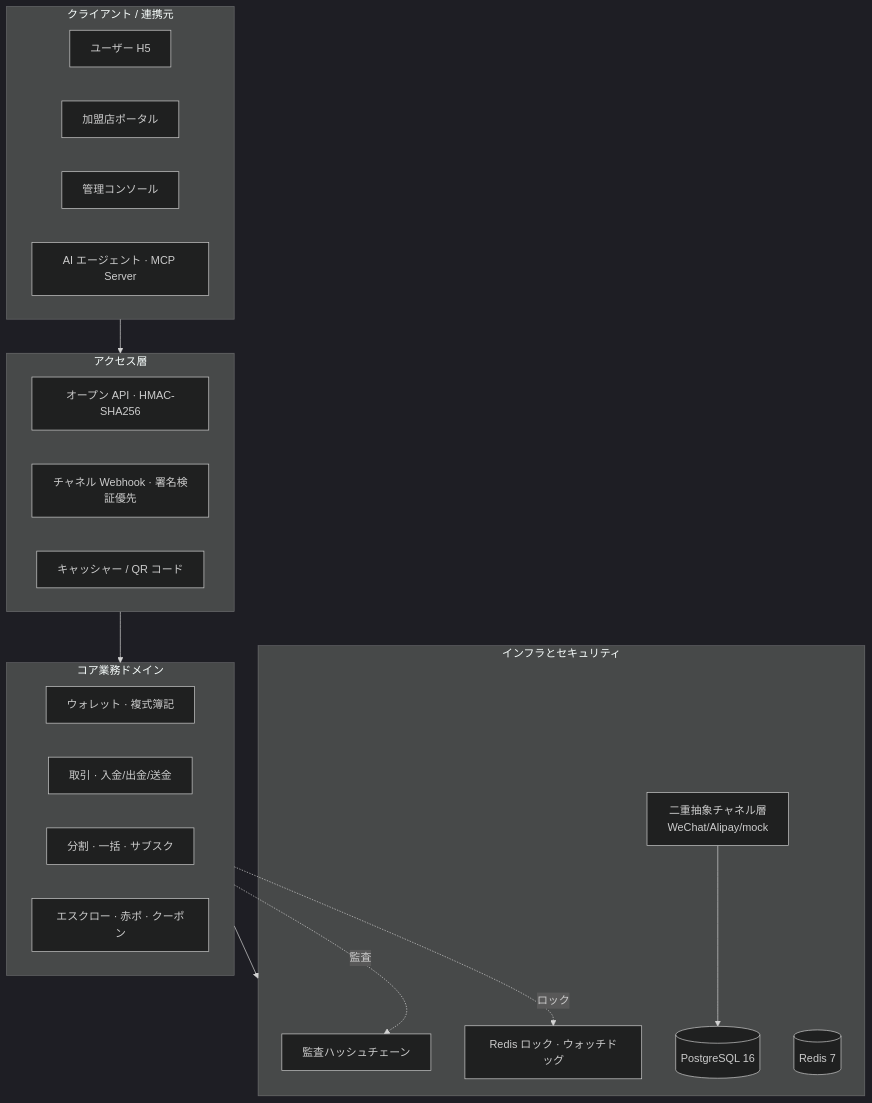
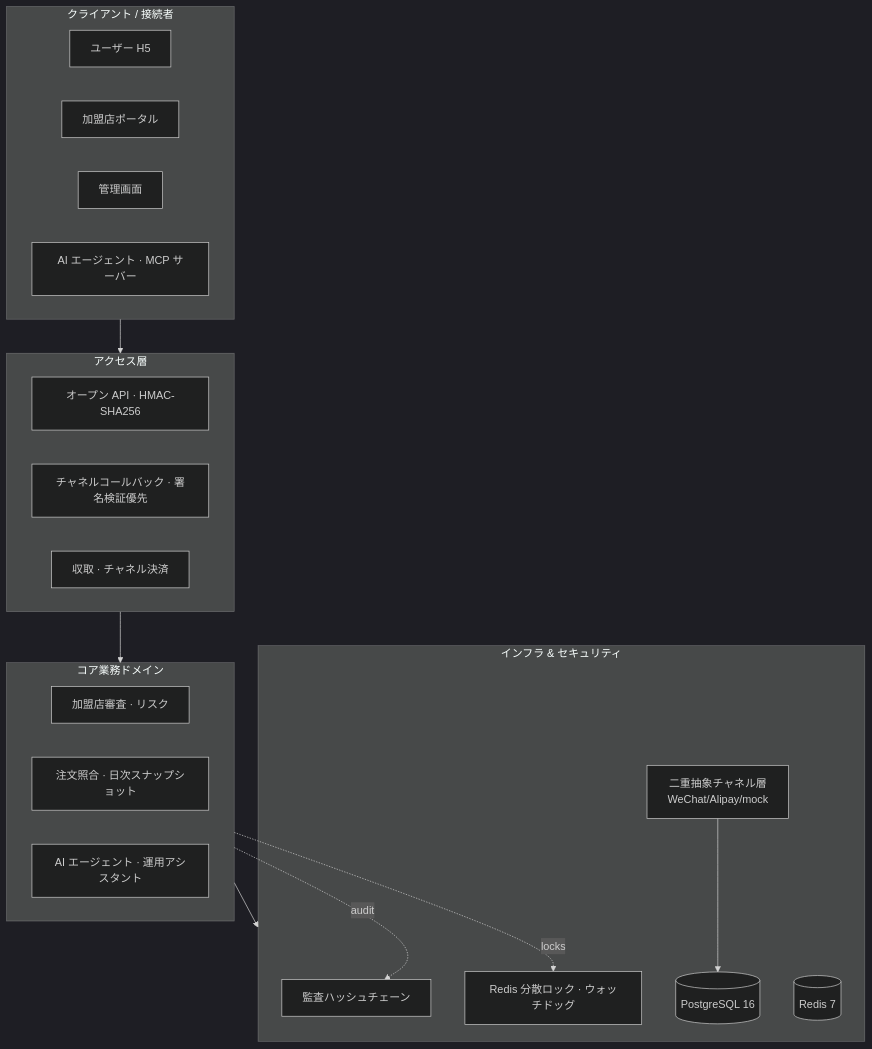
The diagram in README.ja.md (Morningstar202604/KeBaiPay), drawn with Mermaid (dark theme) before and after one commit. The commit also changed other lines of this file and 310 other files, not shown here.

````diff
--- a/README.ja.md
+++ b/README.ja.md
@@ -41,31 +49,31 @@
 ```mermaid
 flowchart TB
-    subgraph Client["クライアント / 連携元"]
+    subgraph Client["クライアント / 接続者"]
       H5["ユーザー H5"]
       Portal["加盟店ポータル"]
-      Admin["管理コンソール"]
-      MCP["AI エージェント · MCP Server"]
+      Admin["管理画面"]
+      MCP["AI エージェント · MCP サーバー"]
     end
     subgraph Gateway["アクセス層"]
       OpenAPI["オープン API · HMAC-SHA256"]
-      Webhook["チャネル Webhook · 署名検証優先"]
-      Cashier["キャッシャー / QR コード"]
+      Webhook["チャネルコールバック · 署名検証優先"]
+      Cashier["キャッシャー / 収取 QR"]
     end
     subgraph Core["コア業務ドメイン"]
-      Wallet["ウォレット · 複式簿記"]
-      Tx["取引 · 入金/出金/送金"]
-      Split["分割 · 一括 · サブスク"]
-      Escrow["エスクロー · 赤ポ · クーポン"]
+      Cashier["収取 · チャネル決済"]
+      Merchant["加盟店審査 · リスク"]
+      Reconcile["注文照合 · 日次スナップショット"]
+      Agent["AI エージェント · 運用アシスタント"]
     end
-    subgraph Infra["インフラとセキュリティ"]
+    subgraph Infra["インフラ & セキュリティ"]
       Ledger["監査ハッシュチェーン"]
-      Lock["Redis ロック · ウォッチドッグ"]
+      Lock["Redis 分散ロック · ウォッチドッグ"]
       Channel["二重抽象チャネル層\nWeChat/Alipay/mock"]
       DB[("PostgreSQL 16")]
       Cache[("Redis 7")]
     end
     Client --> Gateway --> Core --> Infra
     Channel --> DB
-    Core -. 監査 .-> Ledger
-    Core -. ロック .-> Lock
+    Core -. audit .-> Ledger
+    Core -. locks .-> Lock
 ```
````
